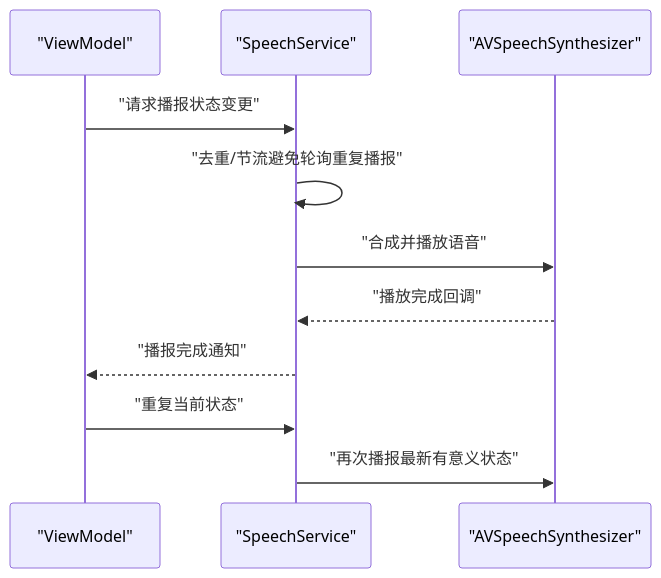
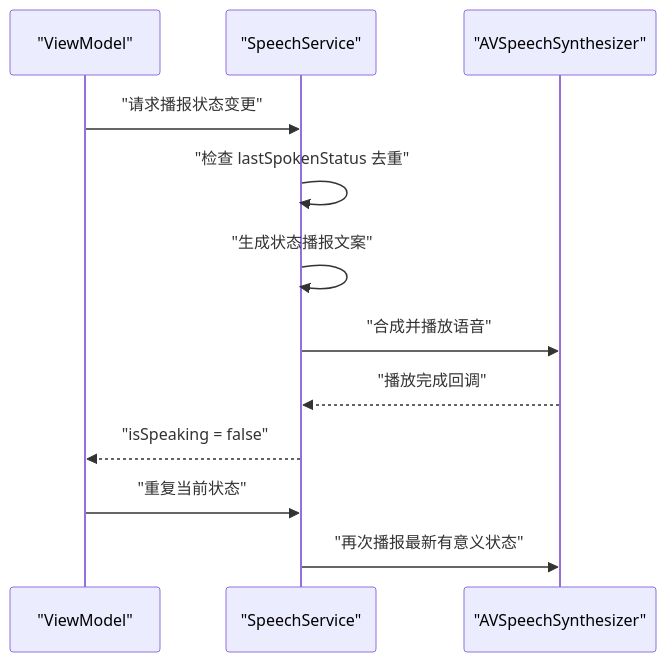
Before and after one commit to Jayden23018/blind-run-ios: the fourth of 7 diagrams in .qoder/repowiki/zh/content/架构设计/无障碍集成设计.md, drawn with Mermaid. The commit also changed other lines of this file and 35 other files, not shown here.

Commit message:
Implement backend auth and role-switch flow

````diff
--- a/.qoder/repowiki/zh/content/架构设计/无障碍集成设计.md
+++ b/.qoder/repowiki/zh/content/架构设计/无障碍集成设计.md
@@ -172,13 +200,14 @@
 ```mermaid
 sequenceDiagram
 participant VM as "ViewModel"
 participant SS as "SpeechService"
 participant TTS as "AVSpeechSynthesizer"
 VM->>SS : "请求播报状态变更"
-SS->>SS : "去重/节流避免轮询重复播报"
+SS->>SS : "检查 lastSpokenStatus 去重"
+SS->>SS : "生成状态播报文案"
 SS->>TTS : "合成并播放语音"
 TTS-->>SS : "播放完成回调"
-SS-->>VM : "播报完成通知"
+SS-->>VM : "isSpeaking = false"
 VM->>SS : "重复当前状态"
 SS->>TTS : "再次播报最新有意义状态"
 ```
````
